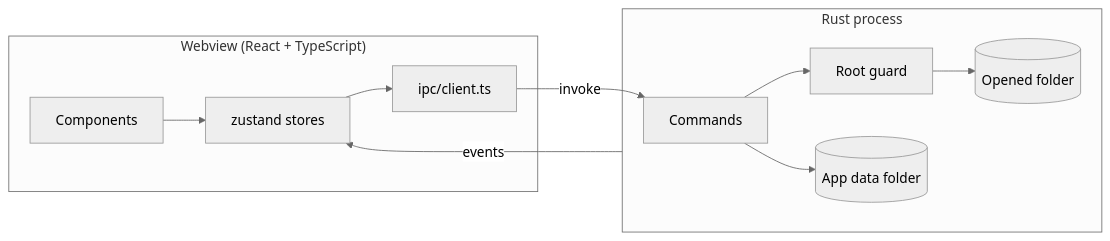
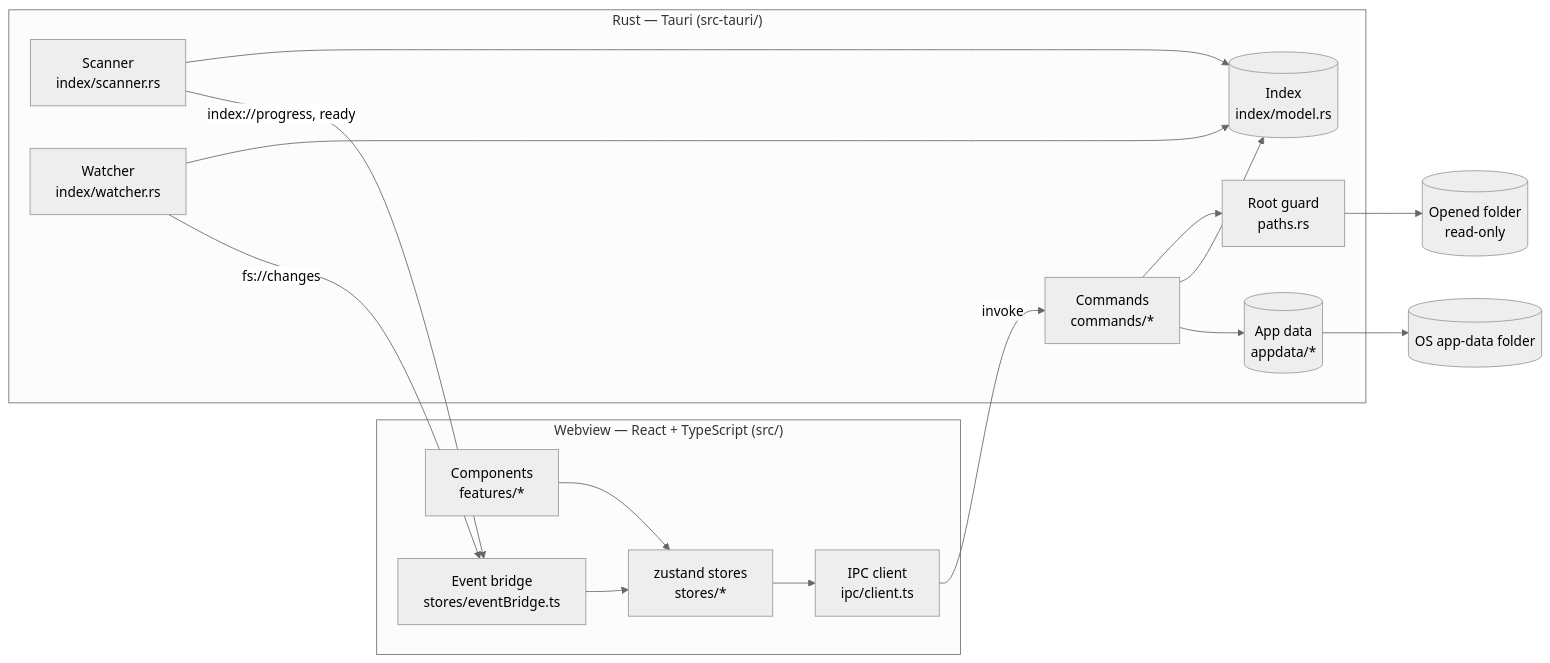
The first of 4 diagrams in docs/architecture.md (jean3978/IGrasp), drawn with Mermaid (neutral theme) before and after one commit. The commit also changed other lines of this file and 9 other files, not shown here.

First line of the commit message:
docs: feature docs, architecture diagrams and README for 0.1.0

````diff
--- a/docs/architecture.md
+++ b/docs/architecture.md
@@ -7,14 +8,20 @@
 ```mermaid
 flowchart LR
-  subgraph Webview["Webview (React + TypeScript)"]
-    UI[Components] --> Stores[zustand stores]
-    Stores --> IPC[ipc/client.ts]
+  subgraph Webview["Webview — React + TypeScript (src/)"]
+    UI[Components<br/>features/*] --> Stores[zustand stores<br/>stores/*]
+    Stores --> Client[IPC client<br/>ipc/client.ts]
+    Bridge[Event bridge<br/>stores/eventBridge.ts] --> Stores
   end
-  subgraph Rust["Rust process"]
-    Cmd[Commands] --> Guard[Root guard]
-    Guard --> FS[(Opened folder)]
-    Cmd --> AppData[(App data folder)]
+  subgraph Rust["Rust — Tauri (src-tauri/)"]
+    Commands[Commands<br/>commands/*] --> Guard[Root guard<br/>paths.rs]
+    Commands --> Index[(Index<br/>index/model.rs)]
+    Scanner[Scanner<br/>index/scanner.rs] --> Index
+    Watcher[Watcher<br/>index/watcher.rs] --> Index
+    Commands --> AppData[(App data<br/>appdata/*)]
   end
-  IPC -- invoke --> Cmd
-  Rust -- events --> Stores
+  Client -- invoke --> Commands
+  Scanner -- "index://progress, ready" --> Bridge
+  Watcher -- "fs://changes" --> Bridge
+  Guard --> Folder[(Opened folder<br/>read-only)]
+  AppData --> Disk[(OS app-data folder)]
 ```
````
